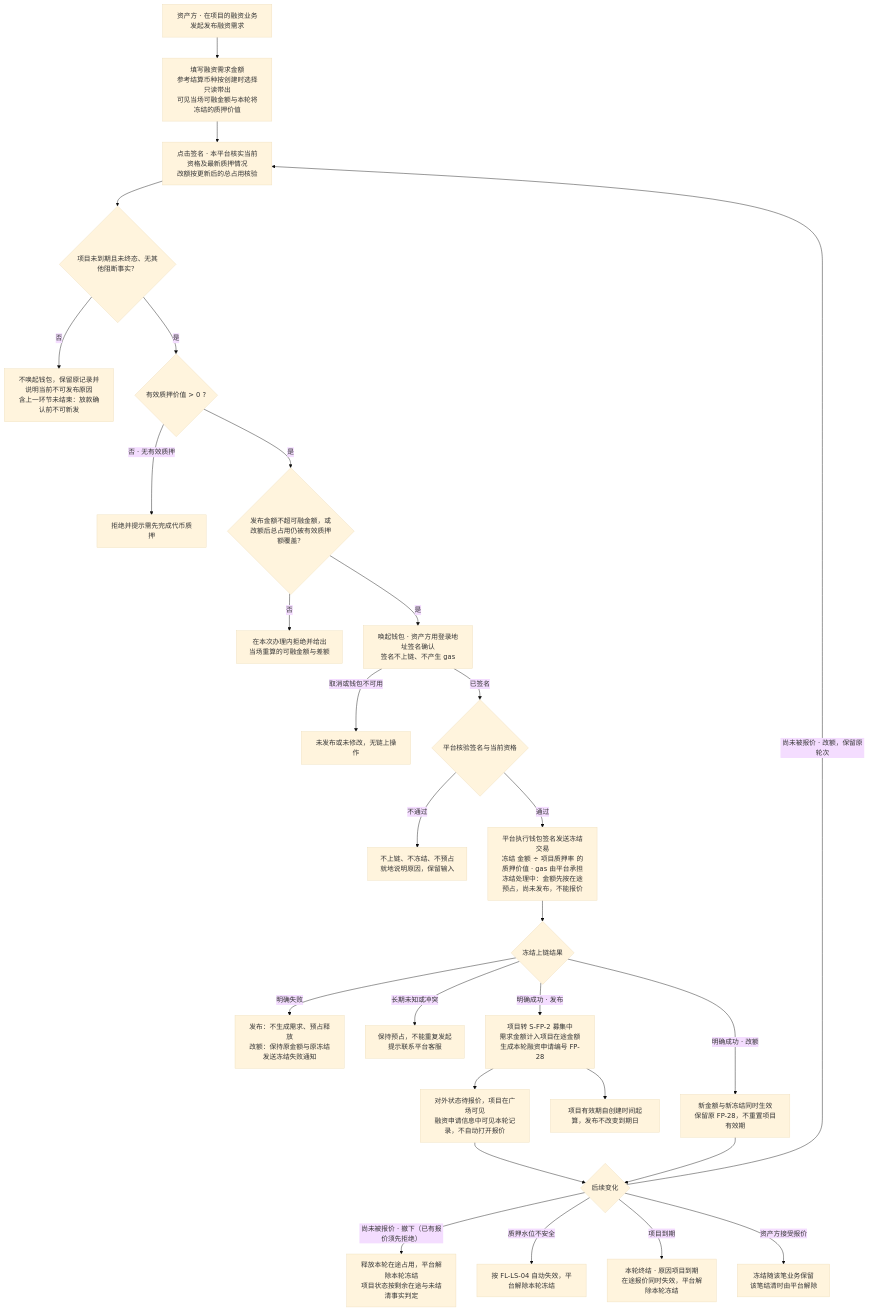
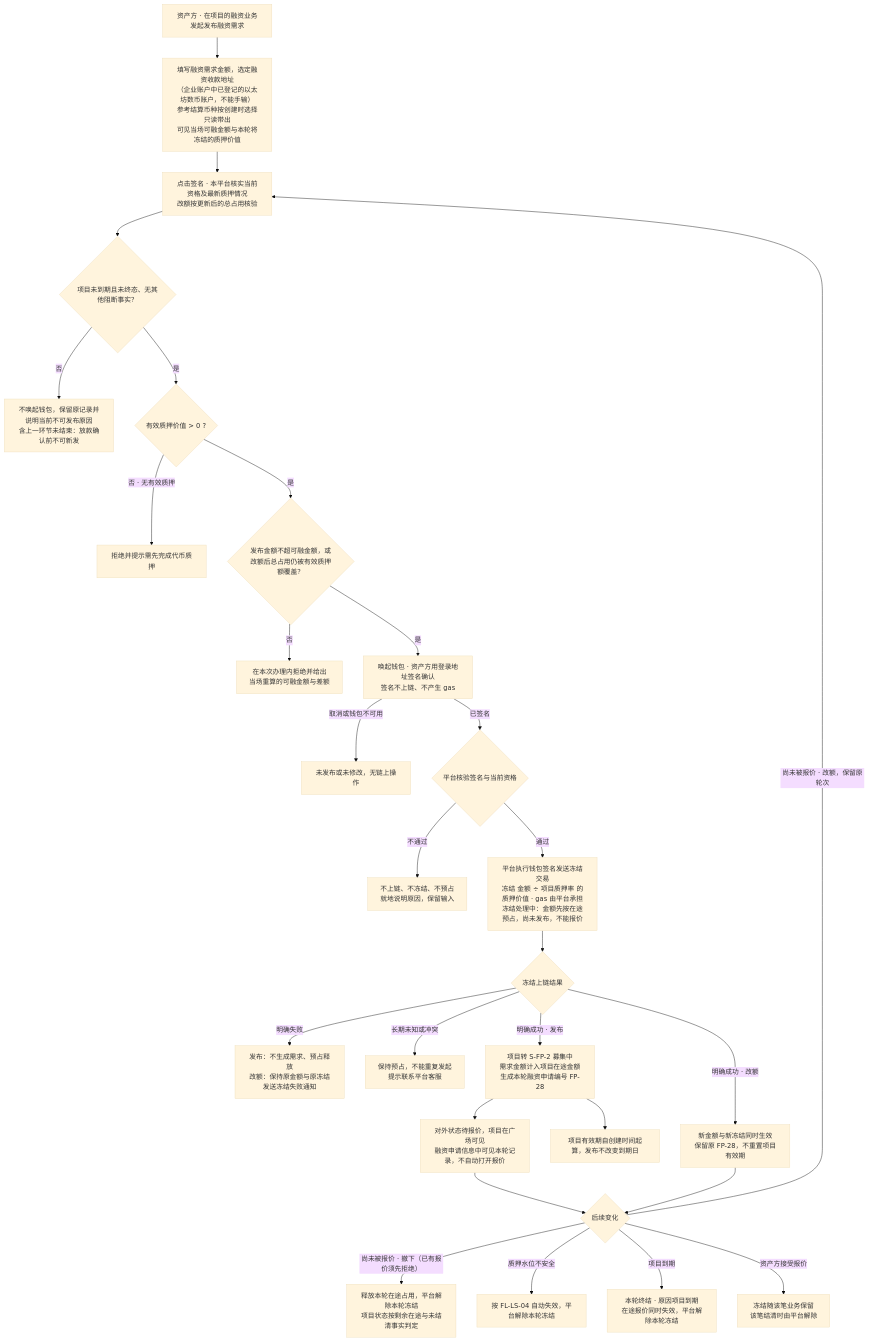
The second of 10 diagrams in lending-platform/PRD/面客端/05-借贷广场-融资需求与代币质押/02-融资需求与代币质押-流程图与状态机.md (wxblockchain/Chain-Financing), drawn with Mermaid (base theme) before and after one commit. The commit also changed 4 other files, not shown here.

````diff
--- a/lending-platform/PRD/面客端/05-借贷广场-融资需求与代币质押/02-融资需求与代币质押-流程图与状态机.md
+++ b/lending-platform/PRD/面客端/05-借贷广场-融资需求与代币质押/02-融资需求与代币质押-流程图与状态机.md
@@ -64,30 +64,30 @@
 ```mermaid
 flowchart TD
-  A["资产方 · 在项目的融资业务发起发布融资需求"] --> B["填写融资需求金额<br/>参考结算币种按创建时选择只读带出<br/>可见当场可融金额与本轮将冻结的质押价值"]
+  A["资产方 · 在项目的融资业务发起发布融资需求"] --> B["填写融资需求金额，选定融资收款地址<br/>（企业账户中已登记的以太坊数币账户，不能手输）<br/>参考结算币种按创建时选择只读带出<br/>可见当场可融金额与本轮将冻结的质押价值"]
   B --> C["点击签名 · 本平台核实当前资格及最新质押情况<br/>改额按更新后的总占用核验"]
   C --> P{"项目未到期且未终态、无其他阻断事实？"}
   P -- "否" --> STOP["不唤起钱包，保留原记录并说明当前不可发布原因<br/>含上一环节未结束：放款确认前不可新发"]
   P -- "是" --> D{"有效质押价值 > 0 ?"}
   D -- "否 · 无有效质押" --> E["拒绝并提示需先完成代币质押"]
   D -- "是" --> F{"发布金额不超可融金额，或改额后总占用仍被有效质押额覆盖？"}
   F -- "否" --> G["在本次办理内拒绝并给出<br/>当场重算的可融金额与差额"]
   F -- "是" --> W["唤起钱包 · 资产方用登录地址签名确认<br/>签名不上链、不产生 gas"]
   W -- "取消或钱包不可用" --> W0["未发布或未修改，无链上操作"]
   W -- "已签名" --> WV{"平台核验签名与当前资格"}
   WV -- "不通过" --> WV0["不上链、不冻结、不预占<br/>就地说明原因，保留输入"]
   WV -- "通过" --> W1["平台执行钱包签名发送冻结交易<br/>冻结 金额 ÷ 项目质押率 的质押价值 · gas 由平台承担<br/>冻结处理中：金额先按在途预占，尚未发布，不能报价"]
   W1 --> Q{"冻结上链结果"}
   Q -- "明确失败" --> Q1["发布：不生成需求、预占释放<br/>改额：保持原金额与原冻结<br/>发送冻结失败通知"]
   Q -- "长期未知或冲突" --> Q2["保持预占，不能重复发起<br/>提示联系平台客服"]
   Q -- "明确成功 · 发布" --> H["项目转 S-FP-2 募集中<br/>需求金额计入项目在途金额<br/>生成本轮融资申请编号 FP-28"]
   Q -- "明确成功 · 改额" --> R["新金额与新冻结同时生效<br/>保留原 FP-28，不重置项目有效期"]
   H --> I["项目有效期自创建时间起算，发布不改变到期日"]
   H --> J["对外状态待报价，项目在广场可见<br/>融资申请信息中可见本轮记录，不自动打开报价"]
   J --> K{"后续变化"}
   R --> K
   K -- "尚未被报价 · 改额，保留原轮次" --> C
   K -- "尚未被报价 · 撤下（已有报价须先拒绝）" --> L["释放本轮在途占用，平台解除本轮冻结<br/>项目状态按剩余在途与未结清事实判定"]
   K -- "质押水位不安全" --> M["按 FL-LS-04 自动失效，平台解除本轮冻结"]
   K -- "项目到期" --> X["本轮终结 · 原因项目到期<br/>在途报价同时失效，平台解除本轮冻结"]
   K -- "资产方接受报价" --> Y["冻结随该笔业务保留<br/>该笔结清时由平台解除"]
 ```
````
